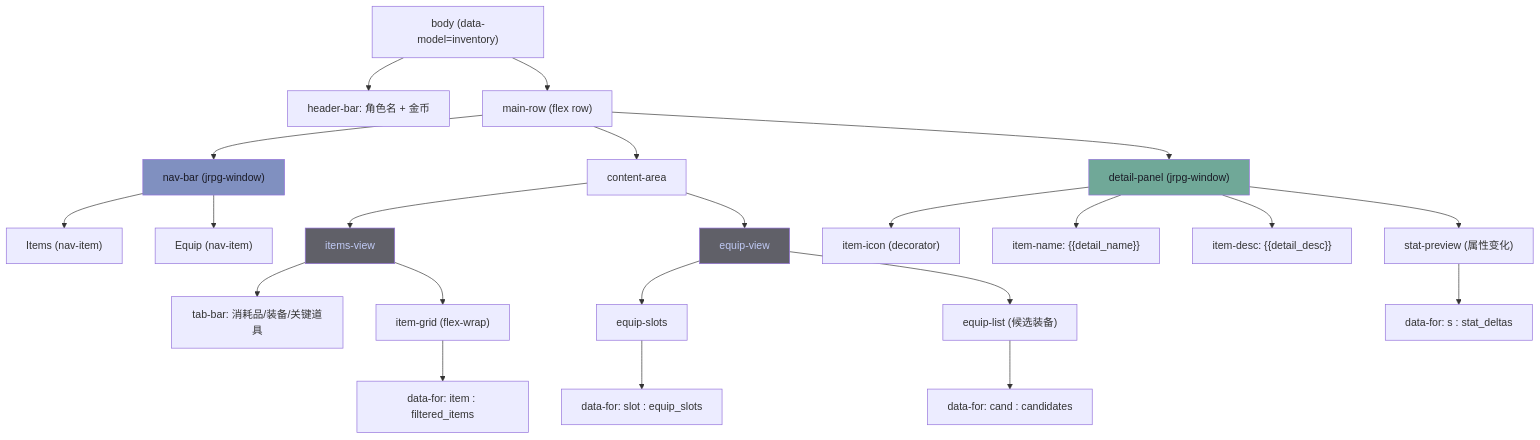
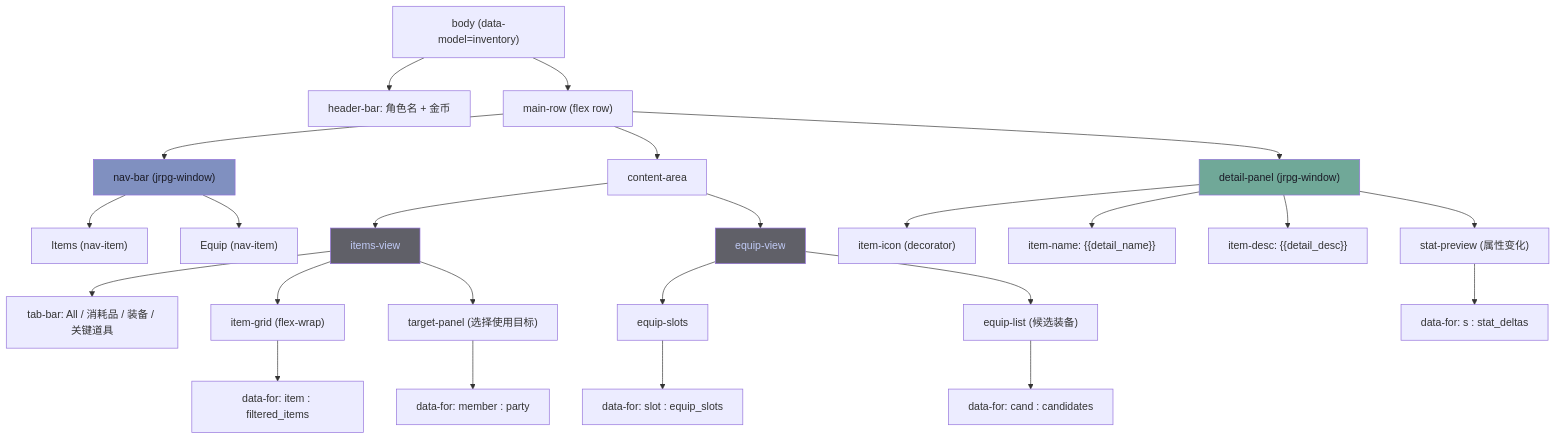
One commit to WispSnow/TinyFarmRPG changed the second of 9 diagrams in learn/lectures/rmlui/L15-jrpg-inventory.md. Above: the diagram before and after it, drawn with Mermaid. The commit also changed other lines of this file and 5 other files, not shown here.

````diff
--- a/learn/lectures/rmlui/L15-jrpg-inventory.md
+++ b/learn/lectures/rmlui/L15-jrpg-inventory.md
@@ -40,36 +40,38 @@
 ```mermaid
 flowchart TD
     BODY["body (data-model=inventory)"]
     BODY --> HEADER["header-bar: 角色名 + 金币"]
     BODY --> MAIN["main-row (flex row)"]
 
     MAIN --> NAV["nav-bar (jrpg-window)"]
     MAIN --> CONTENT["content-area"]
     MAIN --> DETAIL["detail-panel (jrpg-window)"]
 
     NAV --> N1["Items (nav-item)"]
     NAV --> N2["Equip (nav-item)"]
 
     CONTENT --> ITEMS_VIEW["items-view"]
     CONTENT --> EQUIP_VIEW["equip-view"]
 
-    ITEMS_VIEW --> TABS["tab-bar: 消耗品/装备/关键道具"]
+    ITEMS_VIEW --> TABS["tab-bar: All / 消耗品 / 装备 / 关键道具"]
     ITEMS_VIEW --> GRID["item-grid (flex-wrap)"]
     GRID --> CELL["data-for: item : filtered_items"]
+    ITEMS_VIEW --> TARGETS["target-panel (选择使用目标)"]
+    TARGETS --> TROW["data-for: member : party"]
 
     EQUIP_VIEW --> SLOTS["equip-slots"]
     SLOTS --> SLOT["data-for: slot : equip_slots"]
     EQUIP_VIEW --> ELIST["equip-list (候选装备)"]
     ELIST --> ECAND["data-for: cand : candidates"]
 
     DETAIL --> ICON["item-icon (decorator)"]
     DETAIL --> NAME["item-name: {{detail_name}}"]
     DETAIL --> DESC["item-desc: {{detail_desc}}"]
     DETAIL --> STATS["stat-preview (属性变化)"]
     STATS --> SDELTA["data-for: s : stat_deltas"]
 
     style NAV fill:#8090c0,color:#1a1b26
     style ITEMS_VIEW fill:#606068,color:#c0caf5
     style EQUIP_VIEW fill:#606068,color:#c0caf5
     style DETAIL fill:#70a898,color:#1a1b26
 ```
````
